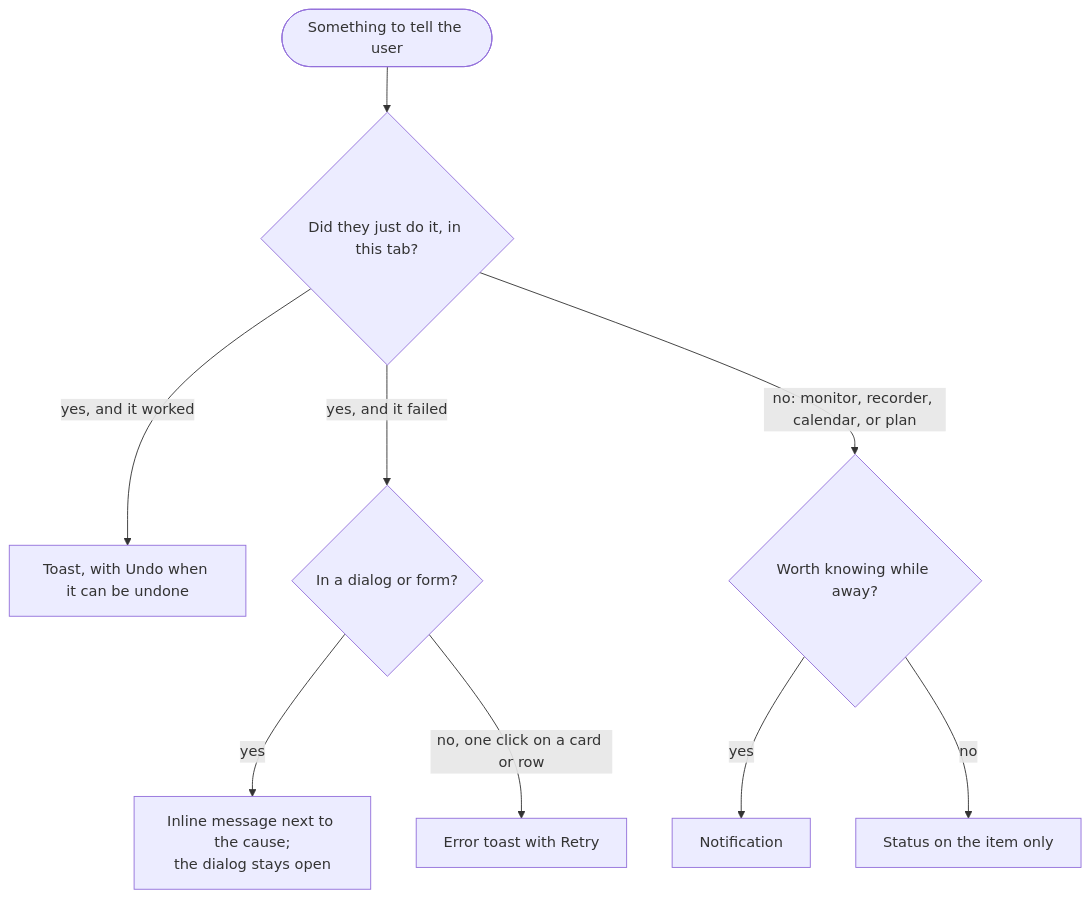
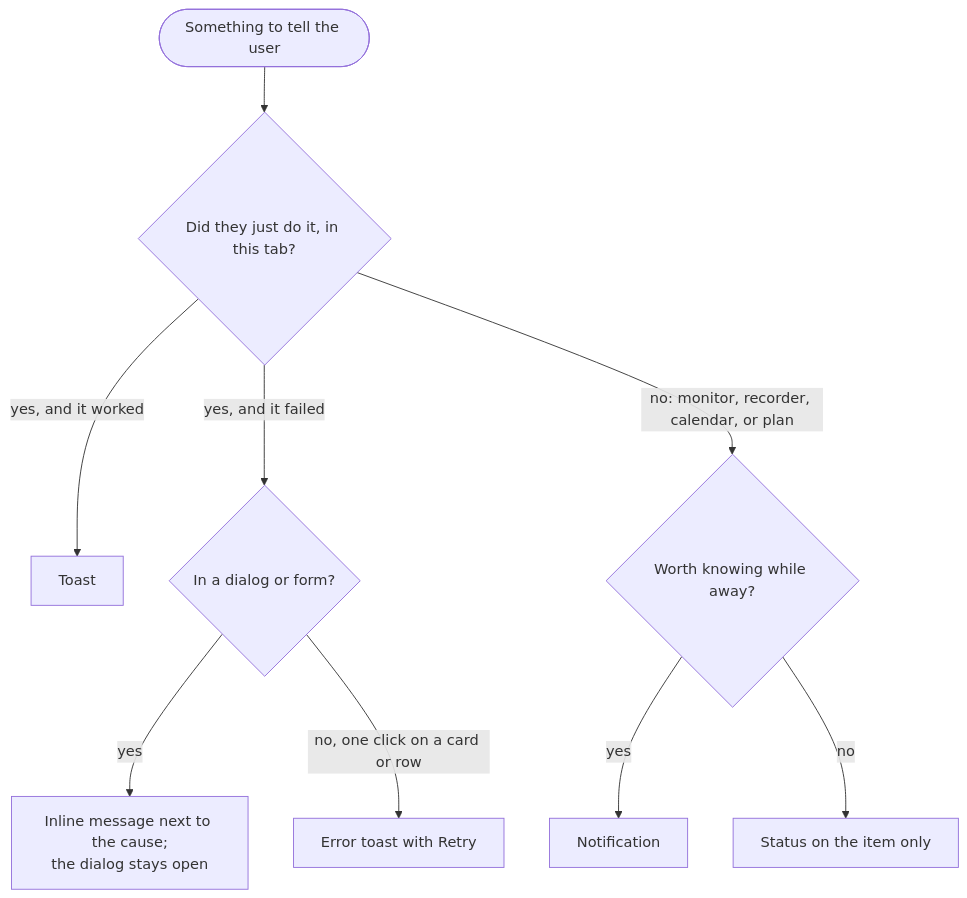
The first of 4 diagrams in docs/user-flows-notifications.md (binhld98/AutoRecordLive), drawn with Mermaid before and after one commit. The commit also changed other lines of this file and 5 other files, not shown here.

````diff
--- a/docs/user-flows-notifications.md
+++ b/docs/user-flows-notifications.md
@@ -19,11 +19,11 @@
 ```mermaid
 flowchart TD
   start(["Something to tell the user"]) --> who{"Did they just do it, in this tab?"}
-  who -- "yes, and it worked" --> toast["Toast, with Undo when it can be undone"]
+  who -- "yes, and it worked" --> toast["Toast"]
   who -- "yes, and it failed" --> where{"In a dialog or form?"}
   where -- yes --> inline["Inline message next to the cause;<br/>the dialog stays open"]
   where -- "no, one click on a card or row" --> errtoast["Error toast with Retry"]
   who -- "no: monitor, recorder, calendar, or plan" --> away{"Worth knowing while away?"}
   away -- yes --> notif["Notification"]
   away -- no --> status["Status on the item only"]
 ```
````
